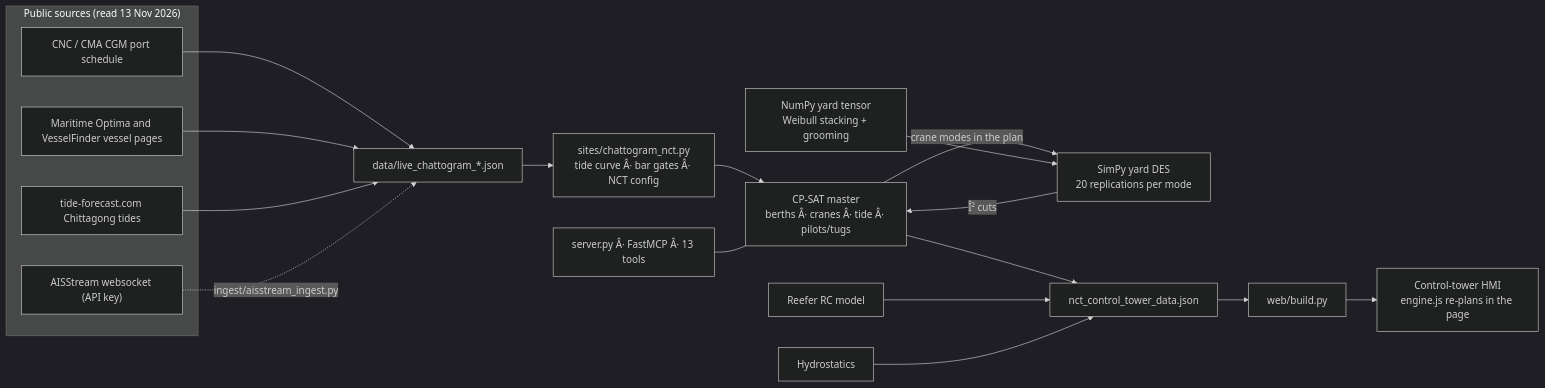
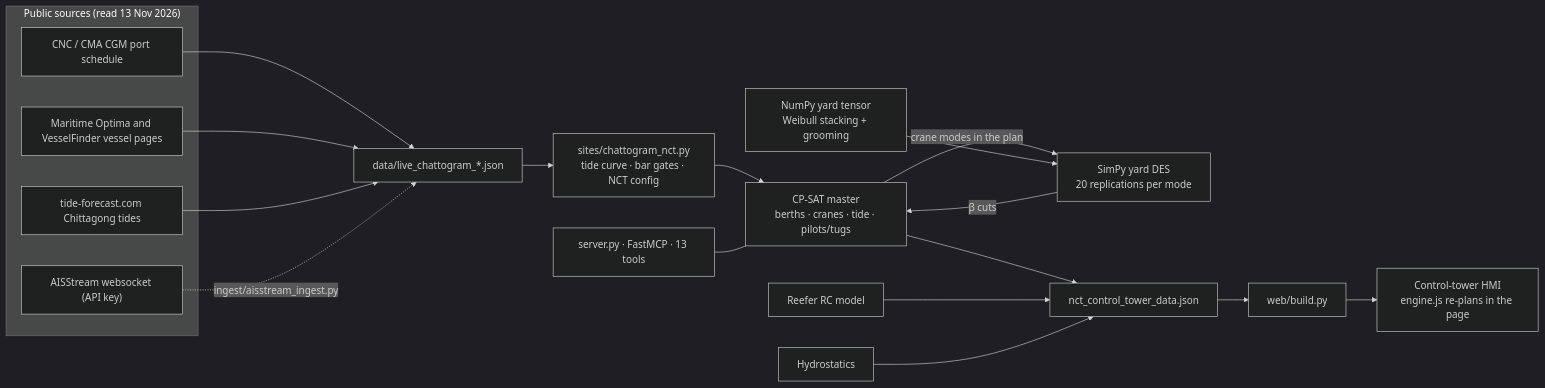
Before and after one commit to artahmid03-source/portflow-simopt-mcp: the first of 3 diagrams in README.md, drawn with Mermaid (dark theme). The commit also changed other lines of this file and 16 other files, not shown here.

````diff
--- a/README.md
+++ b/README.md
@@ -83,24 +84,24 @@
 ```mermaid
 flowchart LR
   subgraph SRC["Public sources (read 13 Nov 2026)"]
     S1["CNC / CMA CGM port schedule"]
     S2["Maritime Optima and VesselFinder vessel pages"]
     S3["tide-forecast.com Chittagong tides"]
     S4["AISStream websocket (API key)"]
   end
   S1 --> L["data/live_chattogram_*.json"]
   S2 --> L
   S3 --> L
   S4 -. "ingest/aisstream_ingest.py" .-> L
-  L --> SITE["sites/chattogram_nct.py<br/>tide curve Â· bar gates Â· NCT config"]
-  SITE --> M["CP-SAT master<br/>berths Â· cranes Â· tide Â· pilots/tugs"]
+  L --> SITE["sites/chattogram_nct.py<br/>tide curve · bar gates · NCT config"]
+  SITE --> M["CP-SAT master<br/>berths · cranes · tide · pilots/tugs"]
   M -- "crane modes in the plan" --> D["SimPy yard DES<br/>20 replications per mode"]
-  D -- "Î² cuts" --> M
+  D -- "β cuts" --> M
   Y["NumPy yard tensor<br/>Weibull stacking + grooming"] --> D
   M --> OUT["nct_control_tower_data.json"]
   R["Reefer RC model"] --> OUT
   H["Hydrostatics"] --> OUT
   OUT --> WEB["web/build.py"]
   WEB --> HMI["Control-tower HMI<br/>engine.js re-plans in the page"]
-  SRV["server.py Â· FastMCP Â· 13 tools"] --- M
+  SRV["server.py · FastMCP · 13 tools"] --- M
 ```
````
